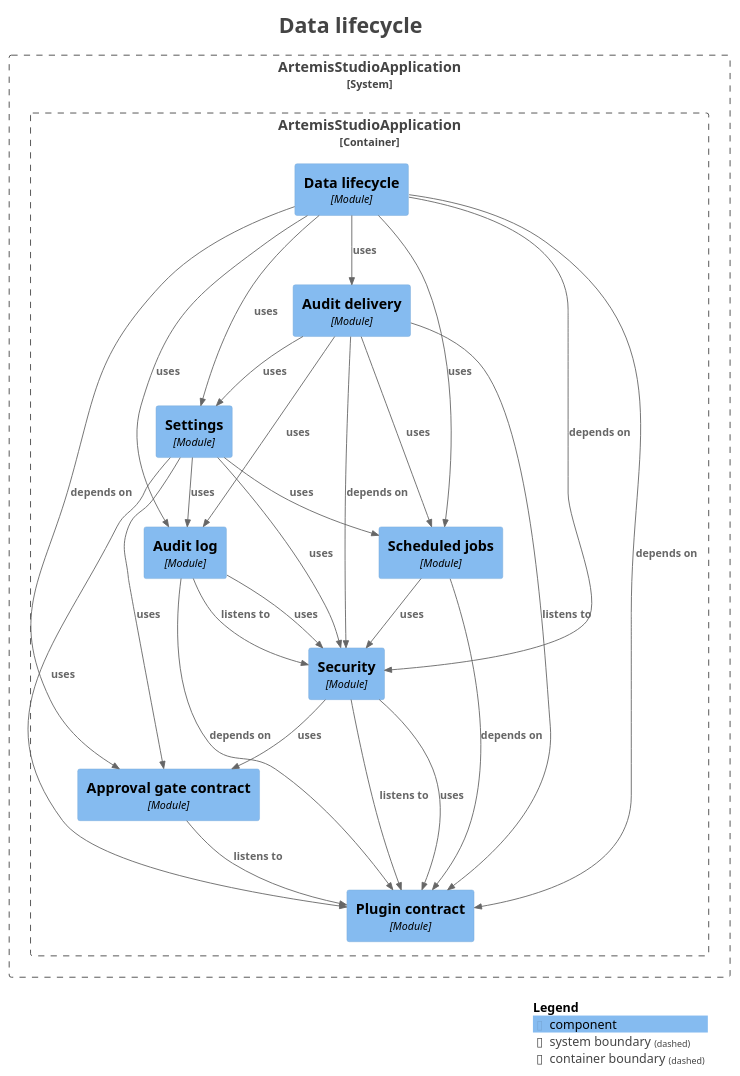
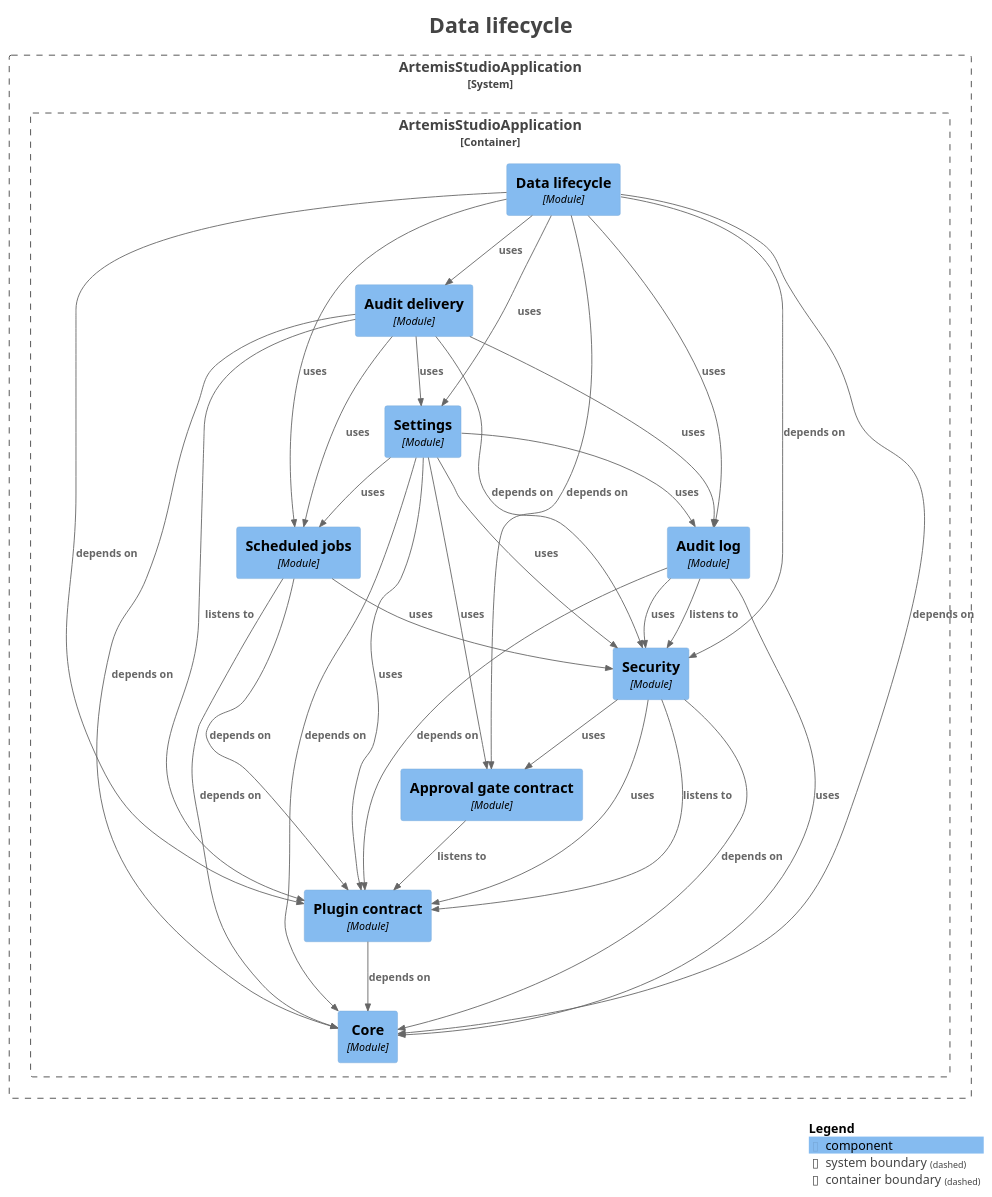
The diagram in docs/modules/module-kernel.lifecycle.puml (sudoitir/artemis-studio), drawn with PlantUML before and after one commit. The commit also changed 498 other files, not shown here.

```diff
--- a/docs/modules/module-kernel.lifecycle.puml
+++ b/docs/modules/module-kernel.lifecycle.puml
@@ -1,61 +1,69 @@
 @startuml
 title <size:24>Data lifecycle</size>
 
 set separator none
 top to bottom direction
 
 <style>
   root {
     BackgroundColor: #ffffff
     FontColor: #444444
   }
 </style>
 
 !include <C4/C4>
 !include <C4/C4_Context>
 !include <C4/C4_Component>
 
 System_Boundary("ArtemisStudioApplication_boundary", "ArtemisStudioApplication", $tags="") {
   Container_Boundary("ArtemisStudioApplication.ArtemisStudioApplication_boundary", "ArtemisStudioApplication", $tags="") {
     Component(ArtemisStudioApplication.ArtemisStudioApplication.Approvalgatecontract, "Approval gate contract", $techn="Module", $descr="", $tags="", $link="")
     Component(ArtemisStudioApplication.ArtemisStudioApplication.Auditdelivery, "Audit delivery", $techn="Module", $descr="", $tags="", $link="")
     Component(ArtemisStudioApplication.ArtemisStudioApplication.Auditlog, "Audit log", $techn="Module", $descr="", $tags="", $link="")
+    Component(ArtemisStudioApplication.ArtemisStudioApplication.Core, "Core", $techn="Module", $descr="", $tags="", $link="")
     Component(ArtemisStudioApplication.ArtemisStudioApplication.Datalifecycle, "Data lifecycle", $techn="Module", $descr="", $tags="", $link="")
     Component(ArtemisStudioApplication.ArtemisStudioApplication.Plugincontract, "Plugin contract", $techn="Module", $descr="", $tags="", $link="")
     Component(ArtemisStudioApplication.ArtemisStudioApplication.Scheduledjobs, "Scheduled jobs", $techn="Module", $descr="", $tags="", $link="")
     Component(ArtemisStudioApplication.ArtemisStudioApplication.Security, "Security", $techn="Module", $descr="", $tags="", $link="")
     Component(ArtemisStudioApplication.ArtemisStudioApplication.Settings, "Settings", $techn="Module", $descr="", $tags="", $link="")
   }
 
 }
 
 Rel(ArtemisStudioApplication.ArtemisStudioApplication.Approvalgatecontract, ArtemisStudioApplication.ArtemisStudioApplication.Plugincontract, "listens to", $techn="", $tags="", $link="")
 Rel(ArtemisStudioApplication.ArtemisStudioApplication.Auditdelivery, ArtemisStudioApplication.ArtemisStudioApplication.Auditlog, "uses", $techn="", $tags="", $link="")
+Rel(ArtemisStudioApplication.ArtemisStudioApplication.Auditdelivery, ArtemisStudioApplication.ArtemisStudioApplication.Core, "depends on", $techn="", $tags="", $link="")
 Rel(ArtemisStudioApplication.ArtemisStudioApplication.Auditdelivery, ArtemisStudioApplication.ArtemisStudioApplication.Plugincontract, "listens to", $techn="", $tags="", $link="")
 Rel(ArtemisStudioApplication.ArtemisStudioApplication.Auditdelivery, ArtemisStudioApplication.ArtemisStudioApplication.Scheduledjobs, "uses", $techn="", $tags="", $link="")
 Rel(ArtemisStudioApplication.ArtemisStudioApplication.Auditdelivery, ArtemisStudioApplication.ArtemisStudioApplication.Security, "depends on", $techn="", $tags="", $link="")
 Rel(ArtemisStudioApplication.ArtemisStudioApplication.Auditdelivery, ArtemisStudioApplication.ArtemisStudioApplication.Settings, "uses", $techn="", $tags="", $link="")
+Rel(ArtemisStudioApplication.ArtemisStudioApplication.Auditlog, ArtemisStudioApplication.ArtemisStudioApplication.Core, "uses", $techn="", $tags="", $link="")
 Rel(ArtemisStudioApplication.ArtemisStudioApplication.Auditlog, ArtemisStudioApplication.ArtemisStudioApplication.Plugincontract, "depends on", $techn="", $tags="", $link="")
 Rel(ArtemisStudioApplication.ArtemisStudioApplication.Auditlog, ArtemisStudioApplication.ArtemisStudioApplication.Security, "listens to", $techn="", $tags="", $link="")
 Rel(ArtemisStudioApplication.ArtemisStudioApplication.Auditlog, ArtemisStudioApplication.ArtemisStudioApplication.Security, "uses", $techn="", $tags="", $link="")
 Rel(ArtemisStudioApplication.ArtemisStudioApplication.Datalifecycle, ArtemisStudioApplication.ArtemisStudioApplication.Approvalgatecontract, "depends on", $techn="", $tags="", $link="")
 Rel(ArtemisStudioApplication.ArtemisStudioApplication.Datalifecycle, ArtemisStudioApplication.ArtemisStudioApplication.Auditdelivery, "uses", $techn="", $tags="", $link="")
 Rel(ArtemisStudioApplication.ArtemisStudioApplication.Datalifecycle, ArtemisStudioApplication.ArtemisStudioApplication.Auditlog, "uses", $techn="", $tags="", $link="")
+Rel(ArtemisStudioApplication.ArtemisStudioApplication.Datalifecycle, ArtemisStudioApplication.ArtemisStudioApplication.Core, "depends on", $techn="", $tags="", $link="")
 Rel(ArtemisStudioApplication.ArtemisStudioApplication.Datalifecycle, ArtemisStudioApplication.ArtemisStudioApplication.Plugincontract, "depends on", $techn="", $tags="", $link="")
 Rel(ArtemisStudioApplication.ArtemisStudioApplication.Datalifecycle, ArtemisStudioApplication.ArtemisStudioApplication.Scheduledjobs, "uses", $techn="", $tags="", $link="")
 Rel(ArtemisStudioApplication.ArtemisStudioApplication.Datalifecycle, ArtemisStudioApplication.ArtemisStudioApplication.Security, "depends on", $techn="", $tags="", $link="")
 Rel(ArtemisStudioApplication.ArtemisStudioApplication.Datalifecycle, ArtemisStudioApplication.ArtemisStudioApplication.Settings, "uses", $techn="", $tags="", $link="")
+Rel(ArtemisStudioApplication.ArtemisStudioApplication.Plugincontract, ArtemisStudioApplication.ArtemisStudioApplication.Core, "depends on", $techn="", $tags="", $link="")
+Rel(ArtemisStudioApplication.ArtemisStudioApplication.Scheduledjobs, ArtemisStudioApplication.ArtemisStudioApplication.Core, "depends on", $techn="", $tags="", $link="")
 Rel(ArtemisStudioApplication.ArtemisStudioApplication.Scheduledjobs, ArtemisStudioApplication.ArtemisStudioApplication.Plugincontract, "depends on", $techn="", $tags="", $link="")
 Rel(ArtemisStudioApplication.ArtemisStudioApplication.Scheduledjobs, ArtemisStudioApplication.ArtemisStudioApplication.Security, "uses", $techn="", $tags="", $link="")
 Rel(ArtemisStudioApplication.ArtemisStudioApplication.Security, ArtemisStudioApplication.ArtemisStudioApplication.Approvalgatecontract, "uses", $techn="", $tags="", $link="")
+Rel(ArtemisStudioApplication.ArtemisStudioApplication.Security, ArtemisStudioApplication.ArtemisStudioApplication.Core, "depends on", $techn="", $tags="", $link="")
 Rel(ArtemisStudioApplication.ArtemisStudioApplication.Security, ArtemisStudioApplication.ArtemisStudioApplication.Plugincontract, "listens to", $techn="", $tags="", $link="")
 Rel(ArtemisStudioApplication.ArtemisStudioApplication.Security, ArtemisStudioApplication.ArtemisStudioApplication.Plugincontract, "uses", $techn="", $tags="", $link="")
 Rel(ArtemisStudioApplication.ArtemisStudioApplication.Settings, ArtemisStudioApplication.ArtemisStudioApplication.Approvalgatecontract, "uses", $techn="", $tags="", $link="")
 Rel(ArtemisStudioApplication.ArtemisStudioApplication.Settings, ArtemisStudioApplication.ArtemisStudioApplication.Auditlog, "uses", $techn="", $tags="", $link="")
+Rel(ArtemisStudioApplication.ArtemisStudioApplication.Settings, ArtemisStudioApplication.ArtemisStudioApplication.Core, "depends on", $techn="", $tags="", $link="")
 Rel(ArtemisStudioApplication.ArtemisStudioApplication.Settings, ArtemisStudioApplication.ArtemisStudioApplication.Plugincontract, "uses", $techn="", $tags="", $link="")
 Rel(ArtemisStudioApplication.ArtemisStudioApplication.Settings, ArtemisStudioApplication.ArtemisStudioApplication.Scheduledjobs, "uses", $techn="", $tags="", $link="")
 Rel(ArtemisStudioApplication.ArtemisStudioApplication.Settings, ArtemisStudioApplication.ArtemisStudioApplication.Security, "uses", $techn="", $tags="", $link="")
 
 SHOW_LEGEND(true)
 hide stereotypes
 @enduml
```
